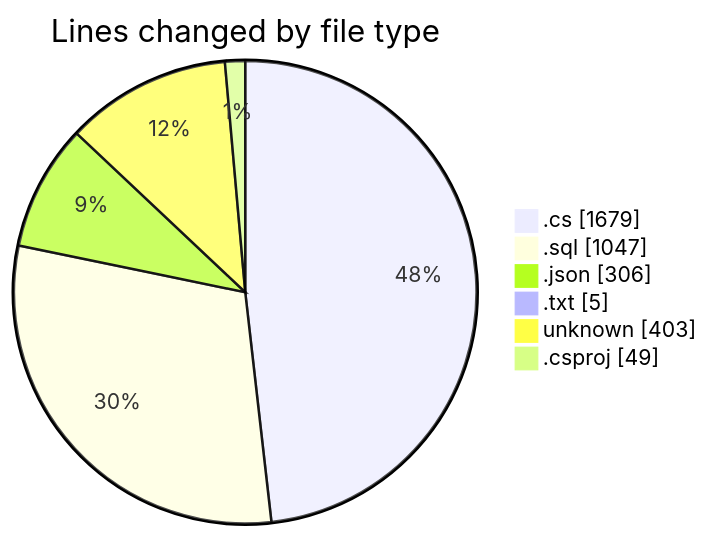
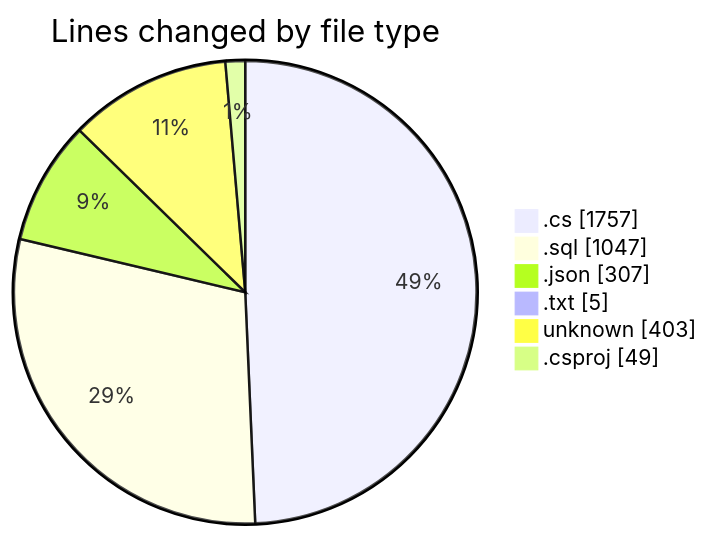
One commit to Netris89/code-tracking changed the first of 2 diagrams in 2025-04-04/back-end/README.md. Above: the diagram before and after it, drawn with Mermaid. The commit also changed other lines of this file and 1 other file, not shown here.

````diff
--- a/2025-04-04/back-end/README.md
+++ b/2025-04-04/back-end/README.md
@@ -34,10 +35,10 @@
 ```mermaid
 pie showData
 title Lines changed by file type
-".cs" : 1679
+".cs" : 1757
 ".sql" : 1047
-".json" : 306
+".json" : 307
 ".txt" : 5
 "unknown" : 403
 ".csproj" : 49
 ```
````
